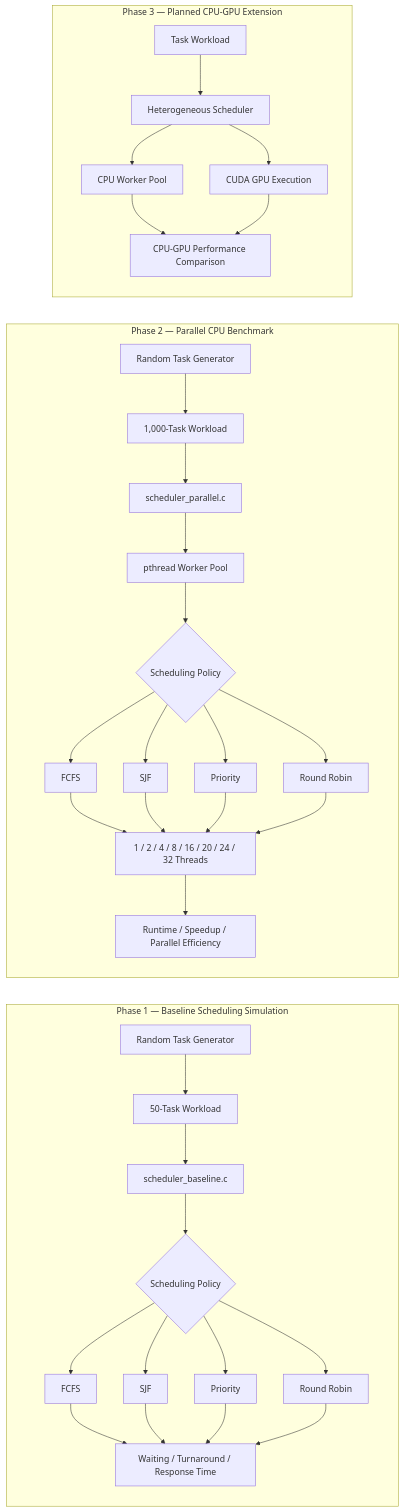
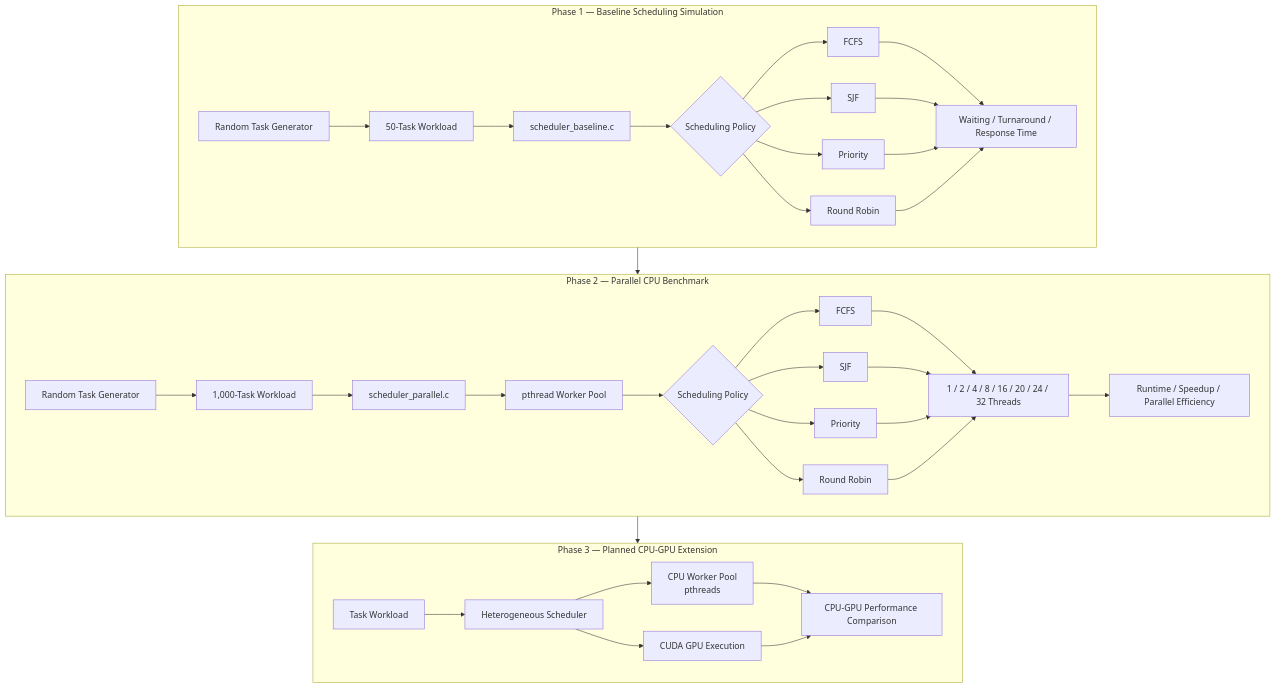
The diagram in README.md (HoiChunWat/CPU-GPU-Scheduling-Simulator), drawn with Mermaid before and after one commit.

````diff
--- a/README.md
+++ b/README.md
@@ -29,40 +29,94 @@
 ```mermaid
-flowchart LR
+flowchart TB
+
     subgraph P1["Phase 1 — Baseline Scheduling Simulation"]
-        A1["Random Task Generator"] --> A2["50-Task Workload"]
-        A2 --> A3["scheduler_baseline.c"]
-        A3 --> A4{"Scheduling Policy"}
-        A4 --> A5["FCFS"]
-        A4 --> A6["SJF"]
-        A4 --> A7["Priority"]
-        A4 --> A8["Round Robin"]
-        A5 --> A9["Waiting / Turnaround / Response Time"]
+        direction LR
+
+        A1["Random Task Generator"]
+        A2["50-Task Workload"]
+        A3["scheduler_baseline.c"]
+        A4{"Scheduling Policy"}
+
+        A5["FCFS"]
+        A6["SJF"]
+        A7["Priority"]
+        A8["Round Robin"]
+
+        A9["Waiting / Turnaround / Response Time"]
+
+        A1 --> A2
+        A2 --> A3
+        A3 --> A4
+
+        A4 --> A5
+        A4 --> A6
+        A4 --> A7
+        A4 --> A8
+
+        A5 --> A9
         A6 --> A9
         A7 --> A9
         A8 --> A9
     end
 
+
     subgraph P2["Phase 2 — Parallel CPU Benchmark"]
-        B1["Random Task Generator"] --> B2["1,000-Task Workload"]
-        B2 --> B3["scheduler_parallel.c"]
-        B3 --> B4["pthread Worker Pool"]
-        B4 --> B5{"Scheduling Policy"}
-        B5 --> B6["FCFS"]
-        B5 --> B7["SJF"]
-        B5 --> B8["Priority"]
-        B5 --> B9["Round Robin"]
-        B6 --> B10["1 / 2 / 4 / 8 / 16 / 20 / 24 / 32 Threads"]
+        direction LR
+
+        B1["Random Task Generator"]
+        B2["1,000-Task Workload"]
+        B3["scheduler_parallel.c"]
+        B4["pthread Worker Pool"]
+        B5{"Scheduling Policy"}
+
+        B6["FCFS"]
+        B7["SJF"]
+        B8["Priority"]
+        B9["Round Robin"]
+
+        B10["1 / 2 / 4 / 8 / 16 / 20 / 24 / 32 Threads"]
+        B11["Runtime / Speedup / Parallel Efficiency"]
+
+        B1 --> B2
+        B2 --> B3
+        B3 --> B4
+        B4 --> B5
+
+        B5 --> B6
+        B5 --> B7
+        B5 --> B8
+        B5 --> B9
+
+        B6 --> B10
         B7 --> B10
         B8 --> B10
         B9 --> B10
-        B10 --> B11["Runtime / Speedup / Parallel Efficiency"]
+
+        B10 --> B11
     end
 
+
     subgraph P3["Phase 3 — Planned CPU-GPU Extension"]
-        C1["Task Workload"] --> C2["Heterogeneous Scheduler"]
-        C2 --> C3["CPU Worker Pool"]
-        C2 --> C4["CUDA GPU Execution"]
-        C3 --> C5["CPU-GPU Performance Comparison"]
+        direction LR
+
+        C1["Task Workload"]
+        C2["Heterogeneous Scheduler"]
+
+        C3["CPU Worker Pool<br/>pthreads"]
+        C4["CUDA GPU Execution"]
+
+        C5["CPU-GPU Performance Comparison"]
+
+        C1 --> C2
+
+        C2 --> C3
+        C2 --> C4
+
+        C3 --> C5
         C4 --> C5
     end
+
+
+    P1 --> P2
+    P2 --> P3
 ```
````
